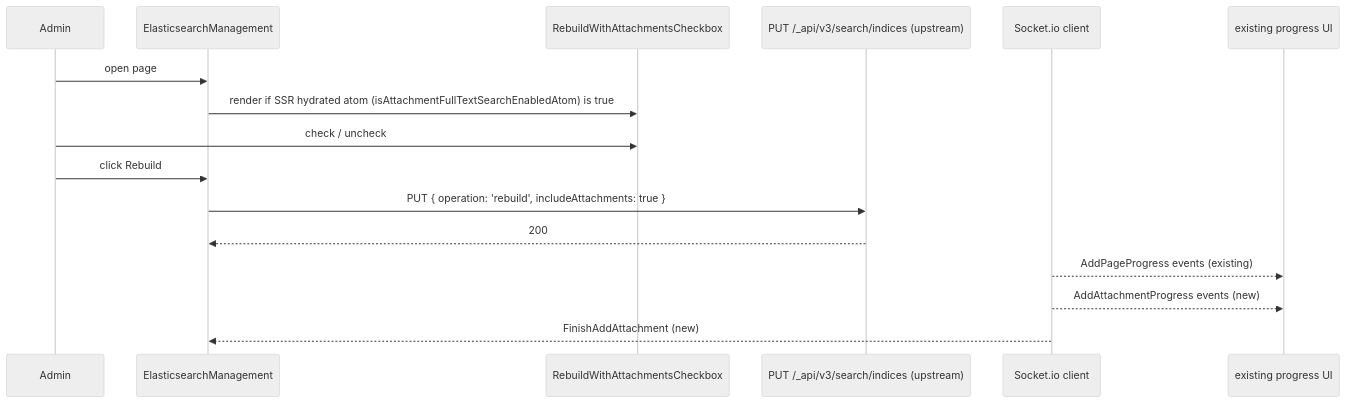
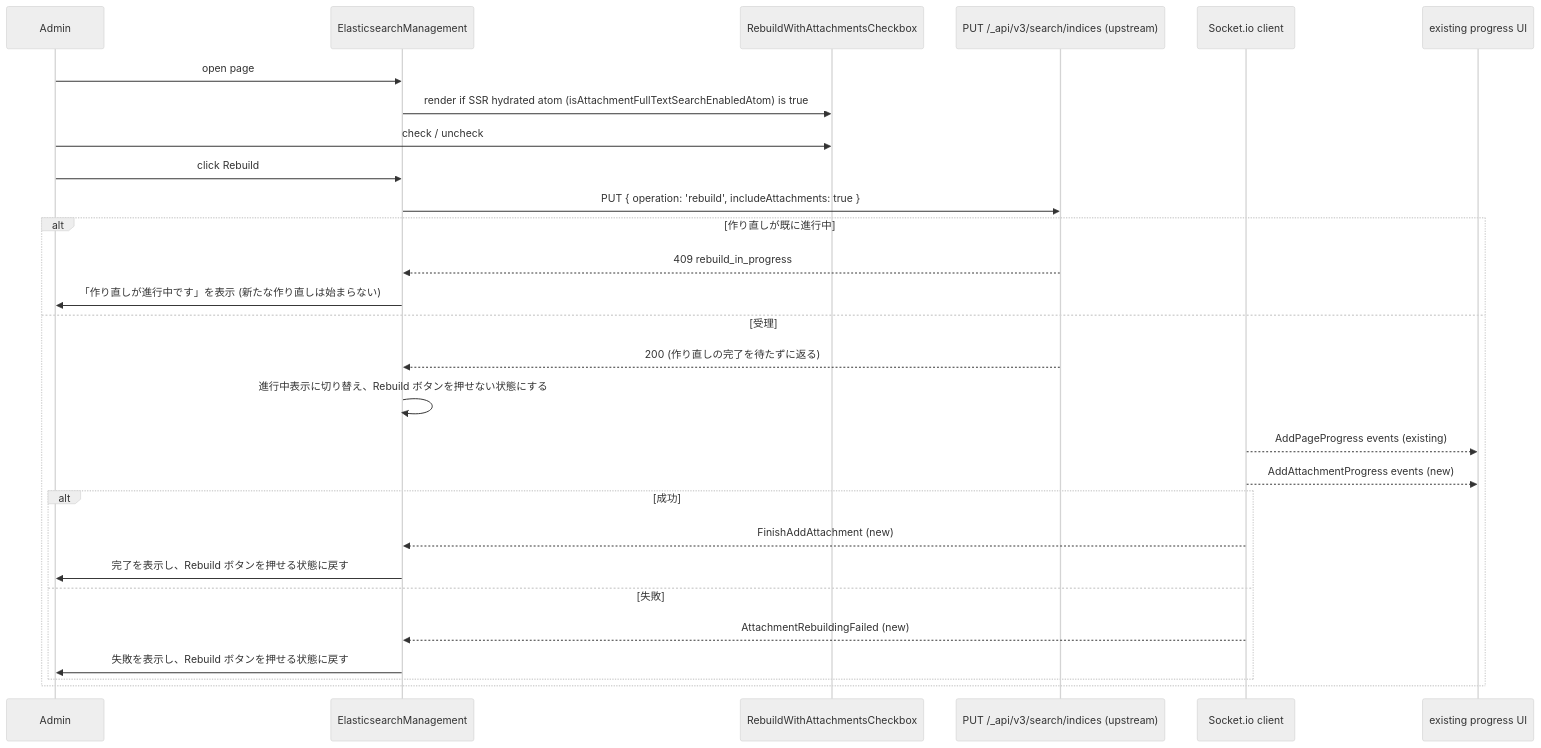
One commit to growilabs/growi changed the fourth of 4 diagrams in .kiro/specs/attachment-search-ui/design.md. Above: the diagram before and after it, drawn with Mermaid (neutral theme). The commit also changed other lines of this file and 2 other files, not shown here.

First line of the commit message:
docs(attachment-search-ui): follow the background rebuild and the apiv1 search entry point

````diff
--- a/.kiro/specs/attachment-search-ui/design.md
+++ b/.kiro/specs/attachment-search-ui/design.md
@@ -306,19 +307,31 @@
 ```mermaid
 sequenceDiagram
     participant Admin
     participant ESMgmt as ElasticsearchManagement
     participant CB as RebuildWithAttachmentsCheckbox
     participant API as PUT /_api/v3/search/indices (upstream)
     participant Sock as Socket.io client
     participant Progress as existing progress UI
 
     Admin->>ESMgmt: open page
     ESMgmt->>CB: render if SSR hydrated atom (isAttachmentFullTextSearchEnabledAtom) is true
     Admin->>CB: check / uncheck
     Admin->>ESMgmt: click Rebuild
     ESMgmt->>API: PUT { operation: 'rebuild', includeAttachments: true }
-    API-->>ESMgmt: 200
-    Sock-->>Progress: AddPageProgress events (existing)
-    Sock-->>Progress: AddAttachmentProgress events (new)
-    Sock-->>ESMgmt: FinishAddAttachment (new)
+    alt 作り直しが既に進行中
+        API-->>ESMgmt: 409 rebuild_in_progress
+        ESMgmt->>Admin: 「作り直しが進行中です」を表示 (新たな作り直しは始まらない)
+    else 受理
+        API-->>ESMgmt: 200 (作り直しの完了を待たずに返る)
+        ESMgmt->>ESMgmt: 進行中表示に切り替え、Rebuild ボタンを押せない状態にする
+        Sock-->>Progress: AddPageProgress events (existing)
+        Sock-->>Progress: AddAttachmentProgress events (new)
+        alt 成功
+            Sock-->>ESMgmt: FinishAddAttachment (new)
+            ESMgmt->>Admin: 完了を表示し、Rebuild ボタンを押せる状態に戻す
+        else 失敗
+            Sock-->>ESMgmt: AttachmentRebuildingFailed (new)
+            ESMgmt->>Admin: 失敗を表示し、Rebuild ボタンを押せる状態に戻す
+        end
+    end
 ```
````
